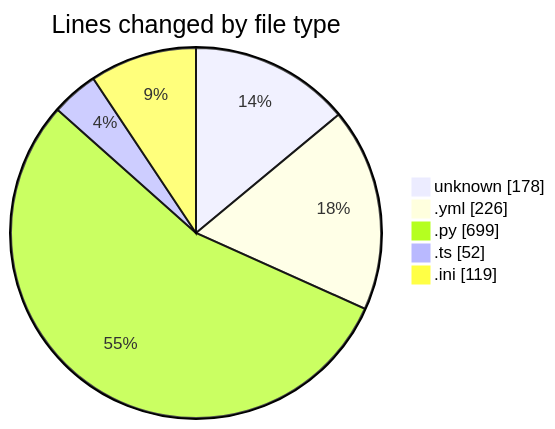
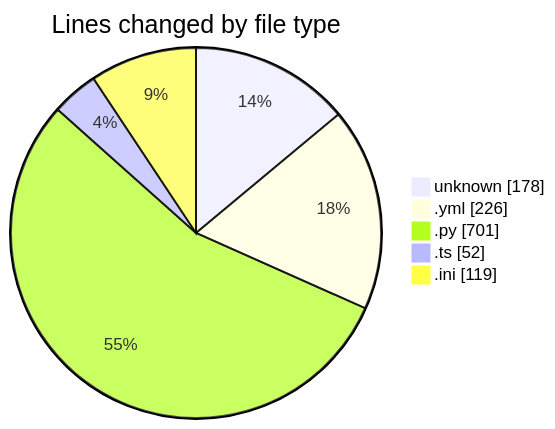
Before and after one commit to Elitesun/code-tracking: the first of 2 diagrams in 2025-05-13/niten/README.md, drawn with Mermaid. The commit also changed other lines of this file and 1 other file, not shown here.

````diff
--- a/2025-05-13/niten/README.md
+++ b/2025-05-13/niten/README.md
@@ -31,9 +31,9 @@
 ```mermaid
 pie showData
 title Lines changed by file type
 "unknown" : 178
 ".yml" : 226
-".py" : 699
+".py" : 701
 ".ts" : 52
 ".ini" : 119
 ```
````
